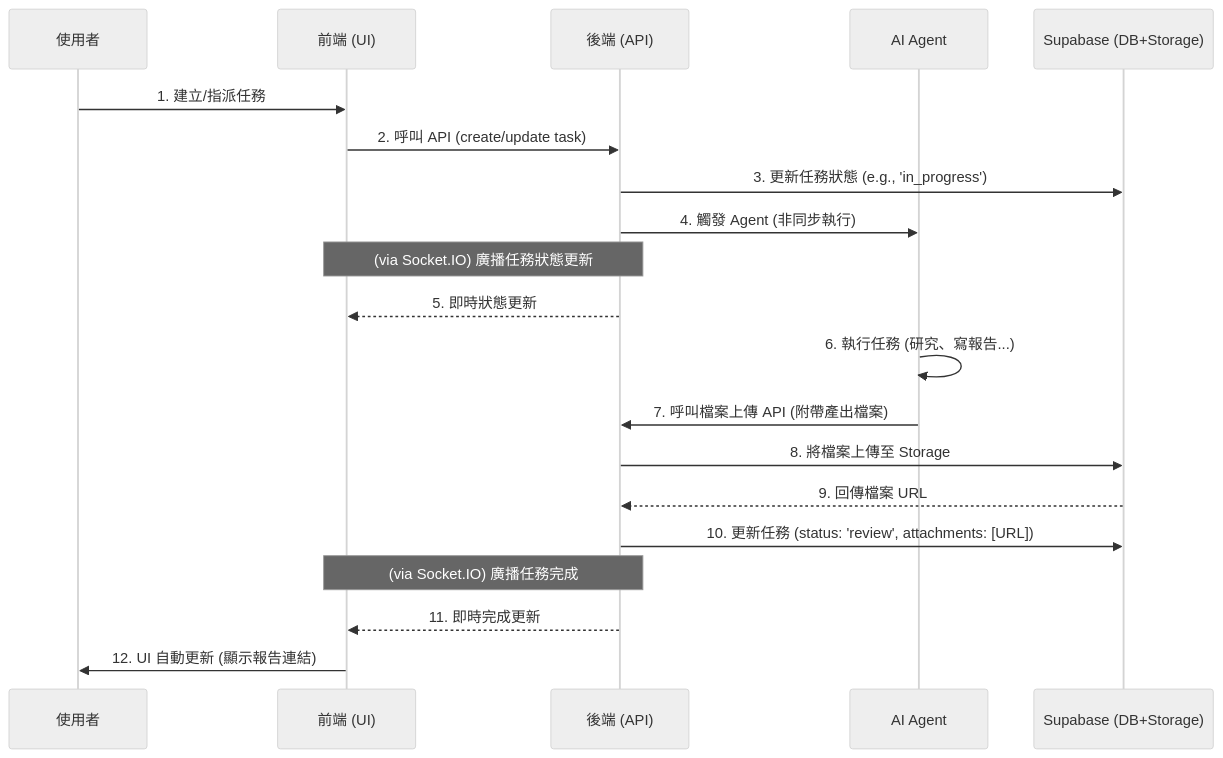
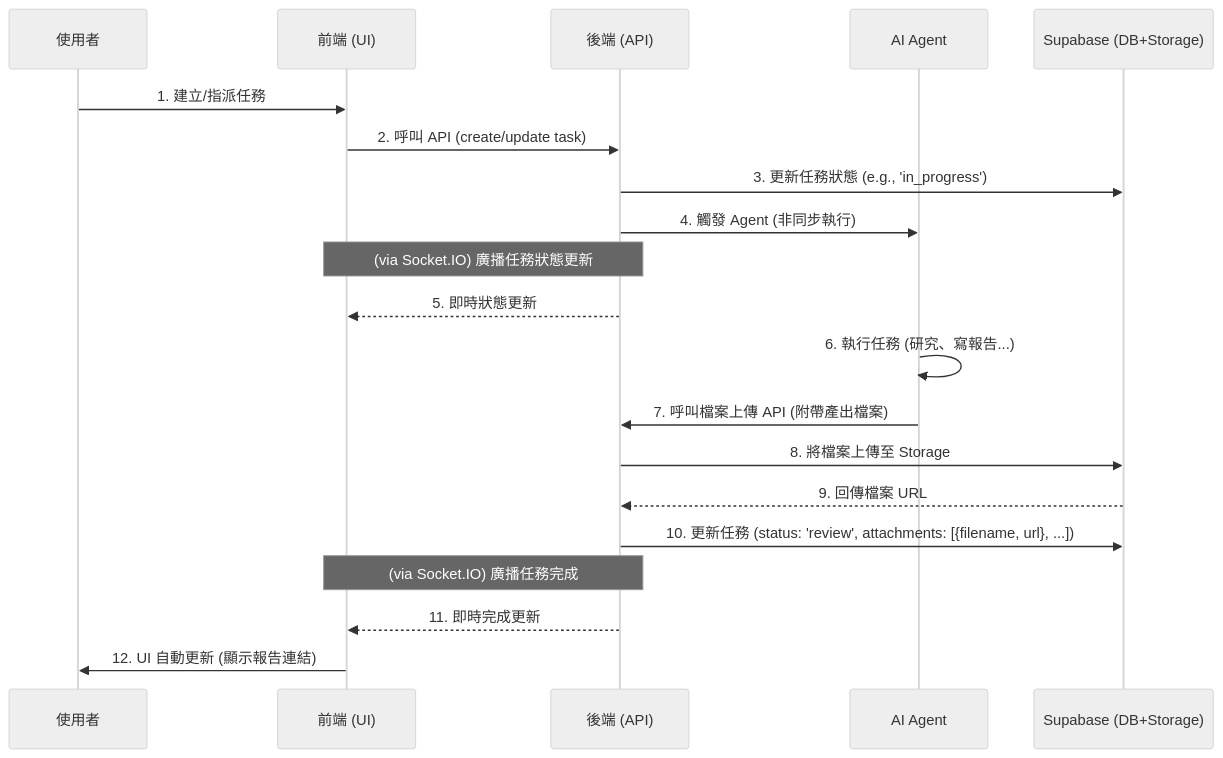
The second of 2 diagrams in TODO.md (info-vin/Archon), drawn with Mermaid (neutral theme) before and after one commit. The commit also changed 5 other files, not shown here.

````diff
--- a/TODO.md
+++ b/TODO.md
@@ -81,29 +81,29 @@
 ```mermaid
 sequenceDiagram
     participant User as 使用者
     participant Frontend as 前端 (UI)
     participant Backend as 後端 (API)
     participant AI_Agent as AI Agent
     participant Supabase as Supabase (DB+Storage)
 
     User->>Frontend: 1. 建立/指派任務
     Frontend->>Backend: 2. 呼叫 API (create/update task)
     
     Backend->>Supabase: 3. 更新任務狀態 (e.g., 'in_progress')
     Backend->>AI_Agent: 4. 觸發 Agent (非同步執行)
     
     Note over Backend, Frontend: (via Socket.IO) 廣播任務狀態更新
     Backend-->>Frontend: 5. 即時狀態更新
     
     AI_Agent->>AI_Agent: 6. 執行任務 (研究、寫報告...)
     AI_Agent->>Backend: 7. 呼叫檔案上傳 API (附帶產出檔案)
     
     Backend->>Supabase: 8. 將檔案上傳至 Storage
     Supabase-->>Backend: 9. 回傳檔案 URL
 
-    Backend->>Supabase: 10. 更新任務 (status: 'review', attachments: [URL])
+    Backend->>Supabase: 10. 更新任務 (status: 'review', attachments: [{filename, url}, ...])
     
     Note over Backend, Frontend: (via Socket.IO) 廣播任務完成
     Backend-->>Frontend: 11. 即時完成更新
     Frontend->>User: 12. UI 自動更新 (顯示報告連結)
 ```
````
